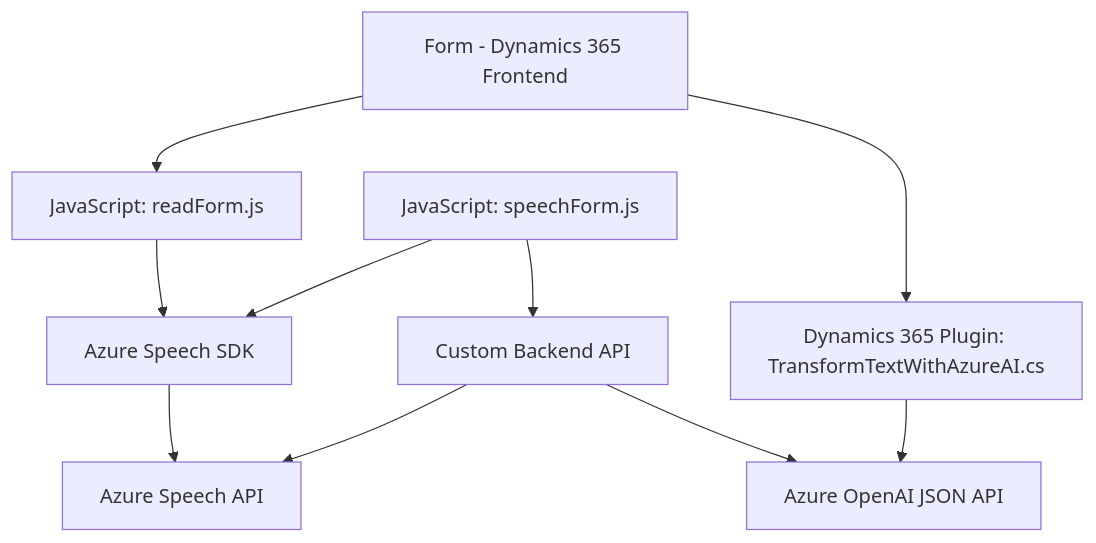
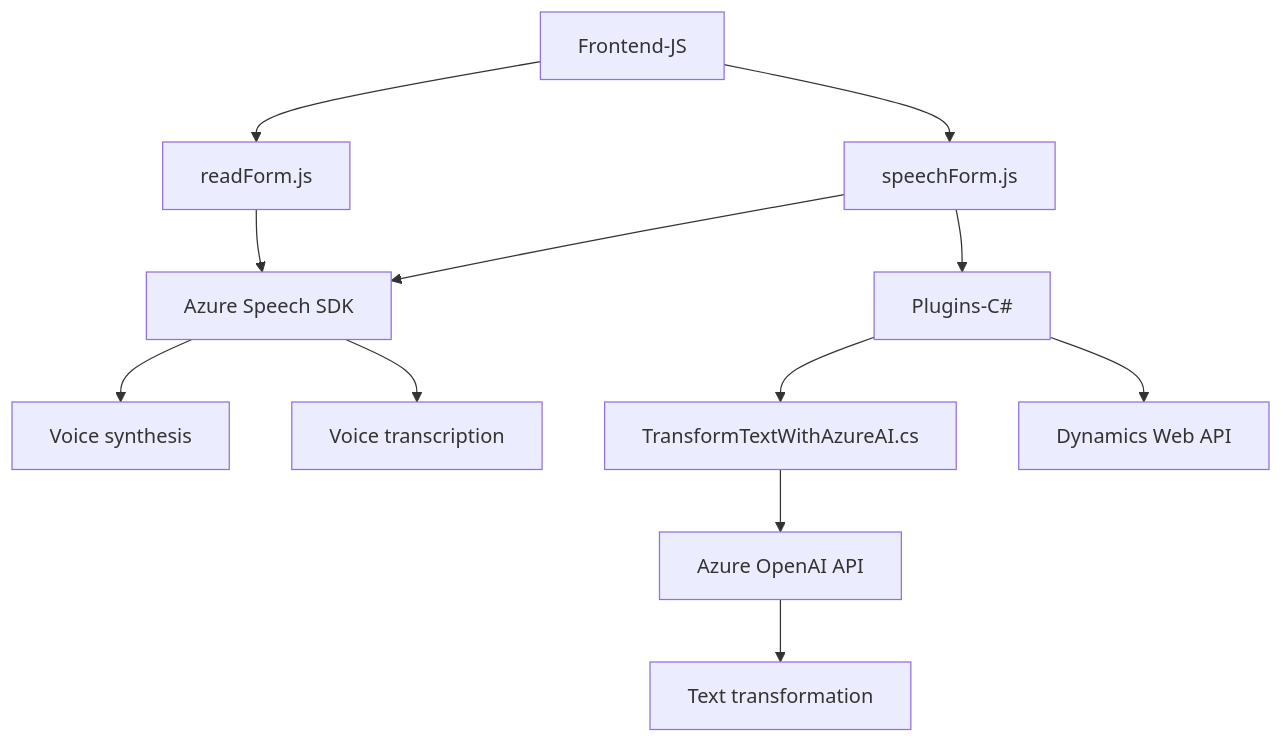
Before and after one commit to blopezdm/NETCORE_BILBAO2025: the diagram in README.md, drawn with Mermaid. The commit also changed other lines of this file, not shown here.

````diff
--- a/README.md
+++ b/README.md
@@ -45,21 +39,29 @@
 ```mermaid
 graph TD
-  A["Form - Dynamics 365 Frontend"]
-  B["JavaScript: readForm.js"]
-  C["Azure Speech SDK"]
-  D["Azure Speech API"]
-  E["JavaScript: speechForm.js"]
-  F["Custom Backend API"]
-  G["Dynamics 365 Plugin: TransformTextWithAzureAI.cs"]
-  H["Azure OpenAI JSON API"]
+    A["Frontend-JS"]
+    A1["readForm.js"]
+    A2["speechForm.js"]
 
-  A --> B
-  B --> C
-  C --> D
-  E --> C
-  E --> F
-  F --> D
-  F --> H
-  G --> H
-  A --> G
+    B["Azure Speech SDK"]
+    B1["Voice synthesis"]
+    B2["Voice transcription"]
+
+    C["Plugins-C#"]
+    C1["TransformTextWithAzureAI.cs"]
+    C2["Dynamics Web API"]
+
+    D["Azure OpenAI API"]
+    D1["Text transformation"]
+
+    A --> A1
+    A --> A2
+    A1 --> B
+    A2 --> B
+    B --> B1
+    B --> B2
+    A2 --> C
+    C --> C1
+    C --> C2
+    C1 --> D
+    D --> D1
 ```
````
